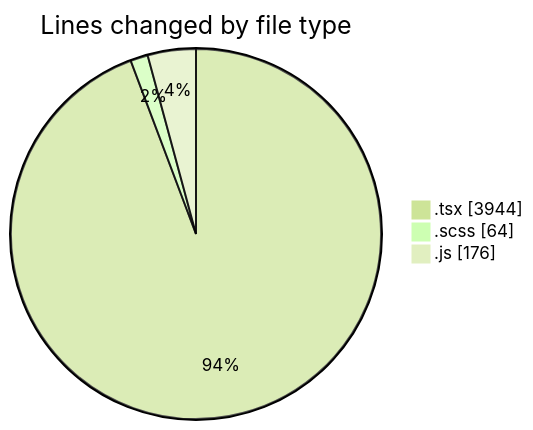
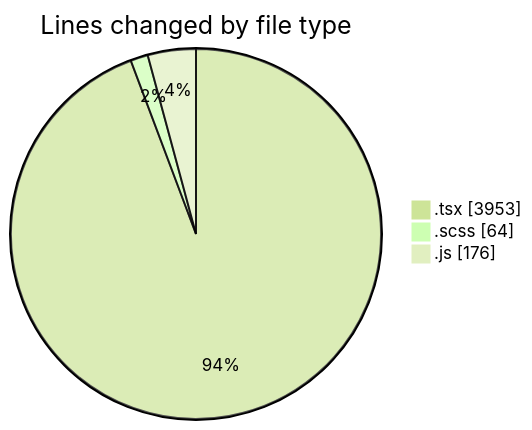
One commit to momahboobian/code-tracking changed the first of 2 diagrams in 2025-06-16/cda/README.md. Above: the diagram before and after it, drawn with Mermaid (forest theme). The commit also changed other lines of this file and 1 other file, not shown here.

````diff
--- a/2025-06-16/cda/README.md
+++ b/2025-06-16/cda/README.md
@@ -35,7 +35,7 @@
 ```mermaid
 pie showData
 title Lines changed by file type
-".tsx" : 3944
+".tsx" : 3953
 ".scss" : 64
 ".js" : 176
 ```
````
